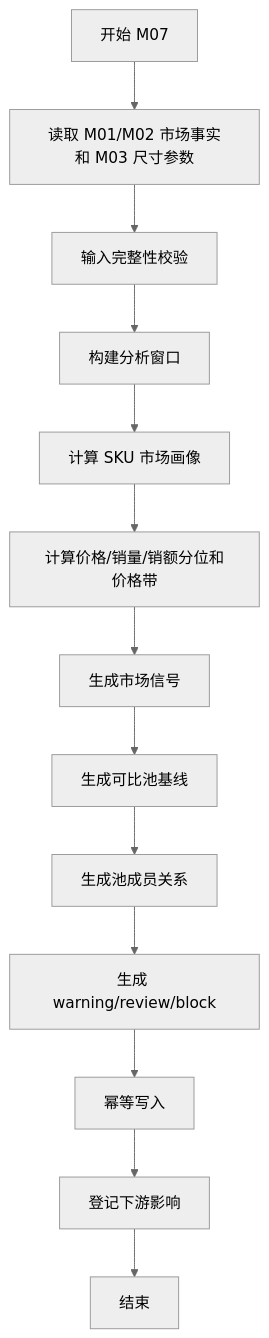
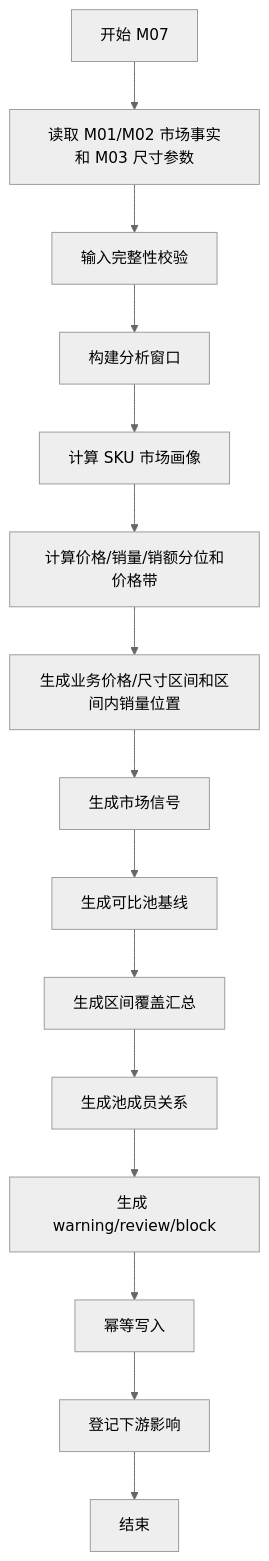
One commit to zssggle-rgb/catforge changed the second of 2 diagrams in docs/core3_mvp/real_data_v2/sop_detailed_design/M07_market_profile_design.md. Above: the diagram before and after it, drawn with Mermaid (neutral theme). The commit also changed other lines of this file and 1 other file, not shown here.

Commit message:
Refine M07 market profile design

````diff
--- a/docs/core3_mvp/real_data_v2/sop_detailed_design/M07_market_profile_design.md
+++ b/docs/core3_mvp/real_data_v2/sop_detailed_design/M07_market_profile_design.md
@@ -819,18 +1050,20 @@
 ```mermaid
 flowchart TD
   Start["开始 M07"]
   Load["读取 M01/M02 市场事实和 M03 尺寸参数"]
   Check["输入完整性校验"]
   Window["构建分析窗口"]
   Profile["计算 SKU 市场画像"]
   Percentile["计算价格/销量/销额分位和价格带"]
+  Bucket["生成业务价格/尺寸区间和区间内销量位置"]
   Signal["生成市场信号"]
   Pool["生成可比池基线"]
+  BucketCoverage["生成区间覆盖汇总"]
   Member["生成池成员关系"]
   Review["生成 warning/review/block"]
   Upsert["幂等写入"]
   Impact["登记下游影响"]
   End["结束"]
 
-  Start --> Load --> Check --> Window --> Profile --> Percentile --> Signal --> Pool --> Member --> Review --> Upsert --> Impact --> End
+  Start --> Load --> Check --> Window --> Profile --> Percentile --> Bucket --> Signal --> Pool --> BucketCoverage --> Member --> Review --> Upsert --> Impact --> End
 ```
````
